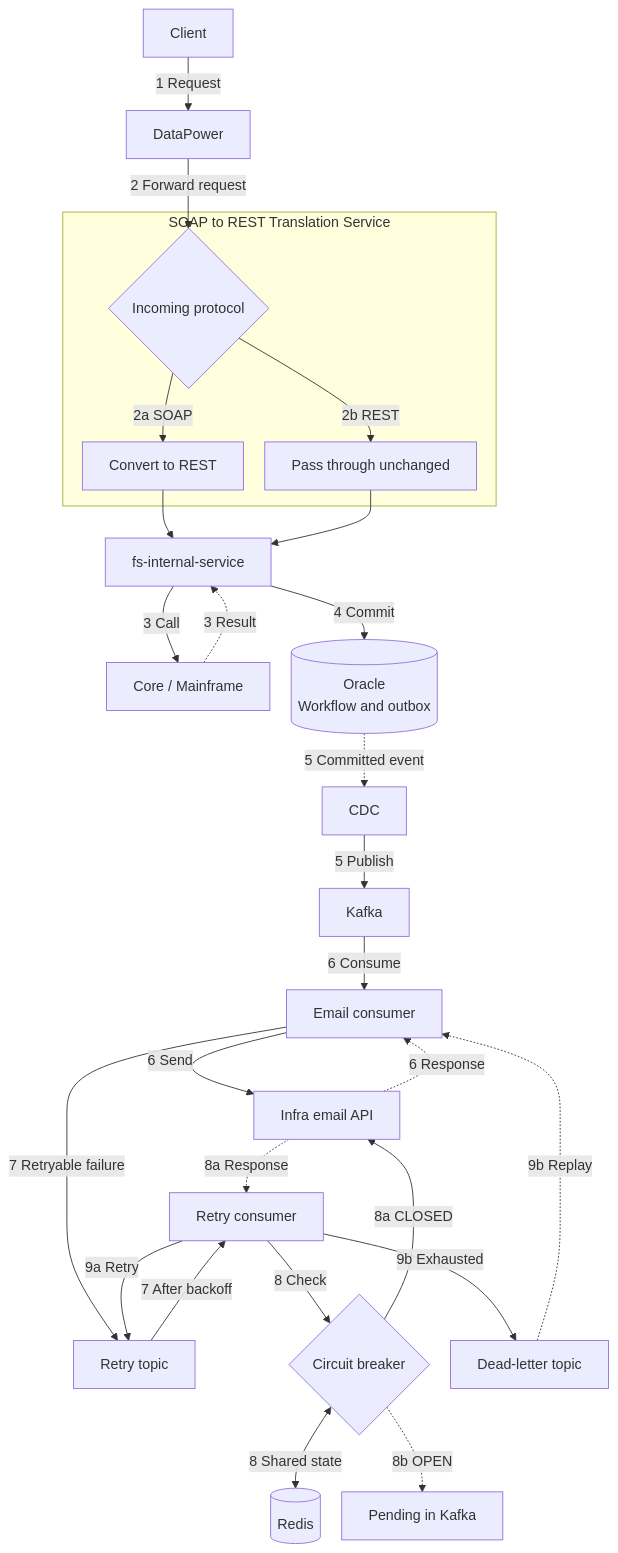
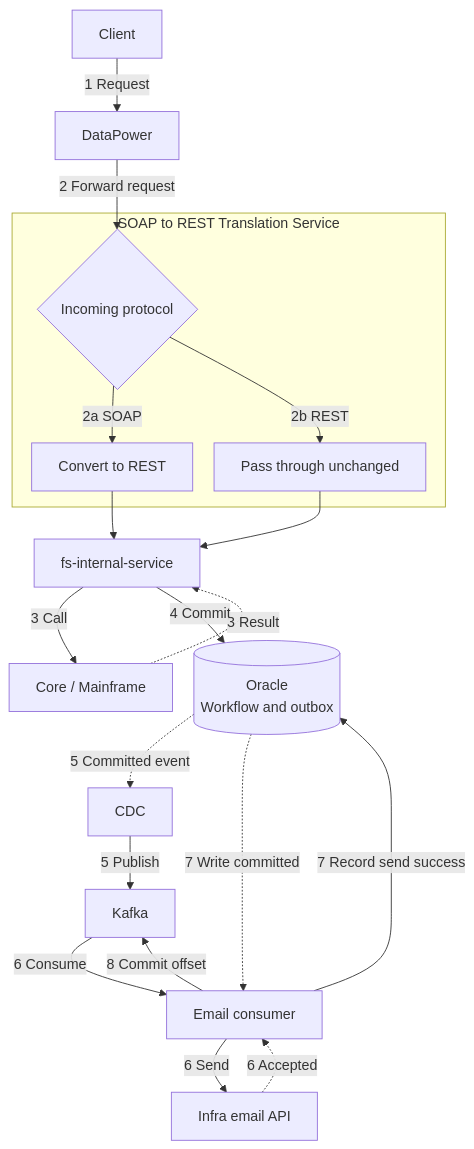
Before and after one commit to ChrisZZhong/zhichengzhong: the third of 4 diagrams in _posts/temp/2026-11-18-ECWS-Payment-Workflow.md, drawn with Mermaid. The commit also changed other lines of this file and 1 other file, not shown here.

````diff
--- a/_posts/temp/2026-11-18-ECWS-Payment-Workflow.md
+++ b/_posts/temp/2026-11-18-ECWS-Payment-Workflow.md
@@ -57,31 +56,24 @@
 ```mermaid
 %%{init: {"flowchart": {"nodeSpacing": 24, "rankSpacing": 36}} }%%
 flowchart TD
     client["Client"] -->|1 Request| dp["DataPower"]
     subgraph translator["SOAP to REST Translation Service"]
         protocol{"Incoming protocol"}
         protocol -->|2a SOAP| convert["Convert to REST"]
         protocol -->|2b REST| forward["Pass through unchanged"]
     end
     dp -->|2 Forward request| protocol
     convert --> service["fs-internal-service"]
     forward --> service
     service -->|3 Call| core["Core / Mainframe"]
     core -.->|3 Result| service
     service -->|4 Commit| db[("Oracle<br/>Workflow and outbox")]
     db -.->|5 Committed event| cdc["CDC"]
     cdc -->|5 Publish| kafka["Kafka"]
     kafka -->|6 Consume| consumer["Email consumer"]
     consumer -->|6 Send| mail["Infra email API"]
-    mail -.->|6 Response| consumer
-    consumer -->|7 Retryable failure| retry["Retry topic"]
-    retry -->|7 After backoff| rc["Retry consumer"]
-    rc -->|8 Check| cb{"Circuit breaker"}
-    cb <-->|8 Shared state| redis[("Redis")]
-    cb -->|8a CLOSED| mail
-    mail -.->|8a Response| rc
-    cb -.->|8b OPEN| hold["Pending in Kafka"]
-    rc -->|9a Retry| retry
-    rc -->|9b Exhausted| dlt["Dead-letter topic"]
-    dlt -.->|9b Replay| consumer
+    mail -.->|6 Accepted| consumer
+    consumer -->|7 Record send success| db
+    db -.->|7 Write committed| consumer
+    consumer -->|8 Commit offset| kafka
 ```
````
